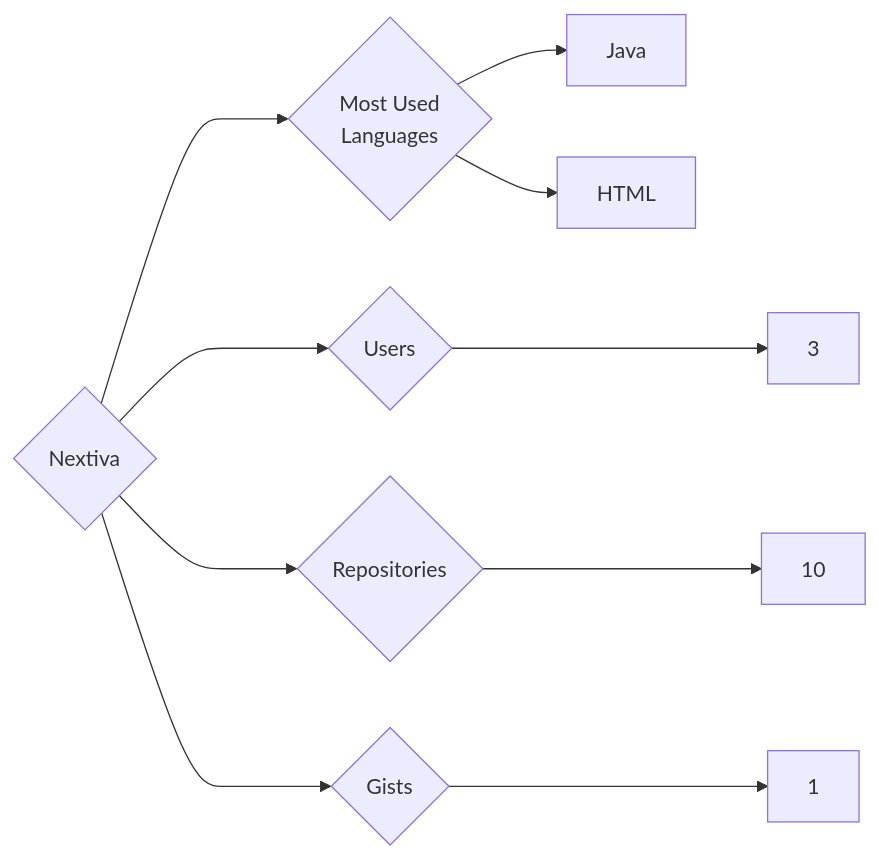
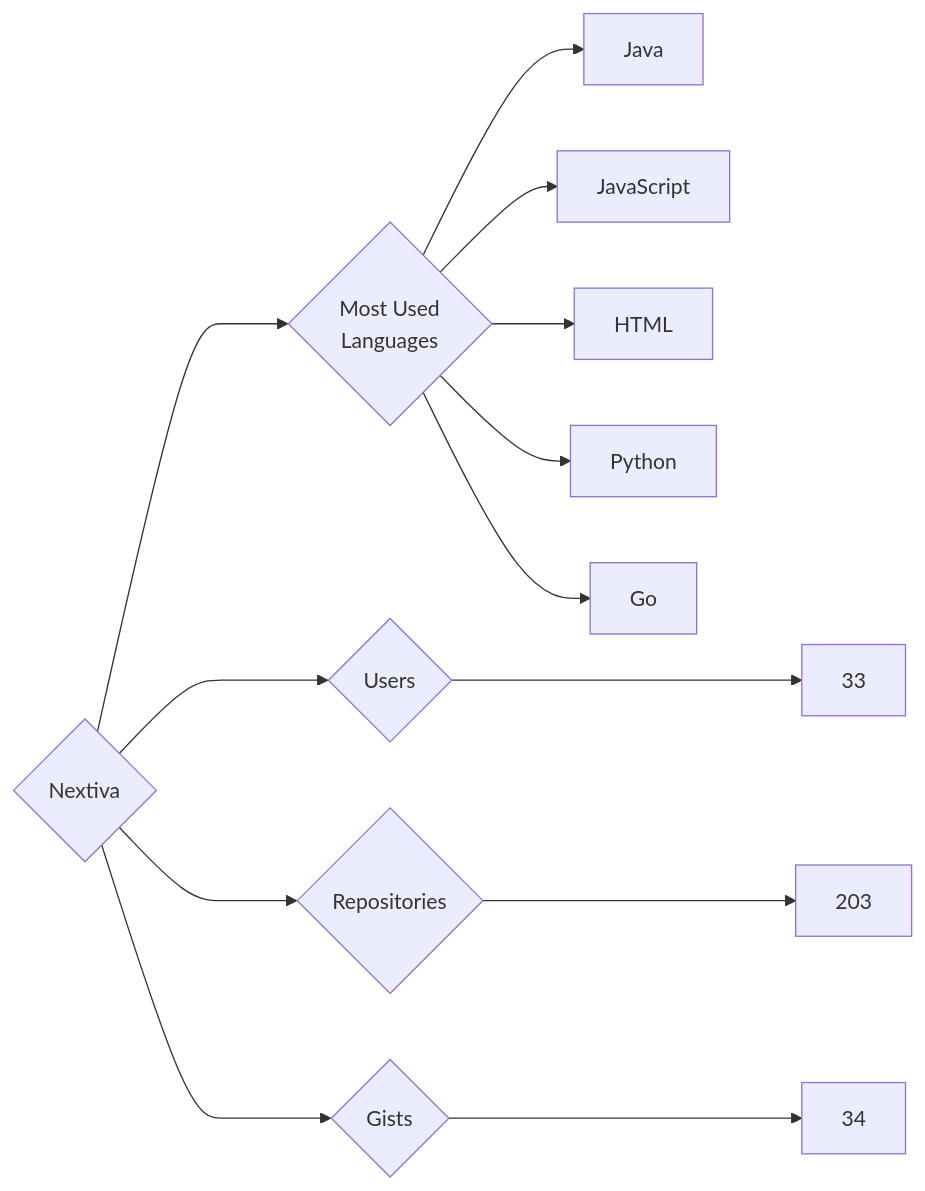
One commit to trickest/insiders changed the diagram in targets/Nextiva/README.md. Above: the diagram before and after it, drawn with Mermaid. The commit also changed 920 other files, not shown here.

````diff
--- a/targets/Nextiva/README.md
+++ b/targets/Nextiva/README.md
@@ -3,10 +3,13 @@
 ```mermaid
 graph LR
 COMPANY_NAME{Nextiva}
-COMPANY_NAME ---> U{Users} ---> UN[3]
-COMPANY_NAME ---> R{Repositories} ---> RN[10]
-COMPANY_NAME ---> G{Gists} ---> GN[1]
+COMPANY_NAME ---> U{Users} ---> UN[33]
+COMPANY_NAME ---> R{Repositories} ---> RN[203]
+COMPANY_NAME ---> G{Gists} ---> GN[34]
 COMPANY_NAME ---> ML{Most Used<br>Languages}
 ML --> Java[Java]
+ML --> JavaScript[JavaScript]
 ML --> HTML[HTML]
+ML --> Python[Python]
+ML --> Go[Go]
 ```
````
